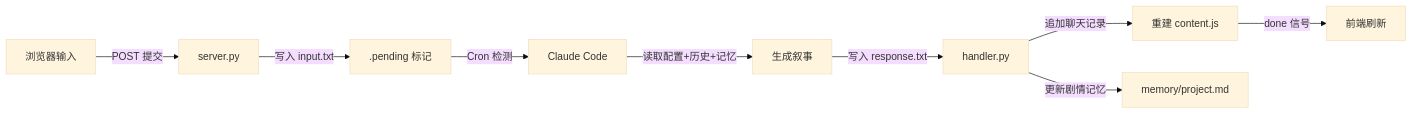
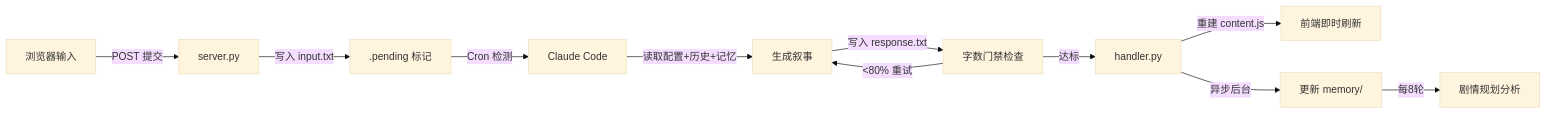
The diagram in README.md (Damages9/AIRP_ClaudeCode), drawn with Mermaid (base theme) before and after one commit. The commit also changed other lines of this file and 7 other files, not shown here.

````diff
--- a/README.md
+++ b/README.md
@@ -297,11 +321,13 @@
 ```mermaid
 graph LR
     A[浏览器输入] -->|POST 提交| B[server.py]
     B -->|写入 input.txt| C[.pending 标记]
     C -->|Cron 检测| D[Claude Code]
     D -->|读取配置+历史+记忆| E[生成叙事]
-    E -->|写入 response.txt| F[handler.py]
-    F -->|追加聊天记录| G[重建 content.js]
-    G -->|done 信号| H[前端刷新]
-    F -->|更新剧情记忆| I[memory/project.md]
+    E -->|写入 response.txt| F[字数门禁检查]
+    F -->|达标| G[handler.py]
+    F -->|<80% 重试| E
+    G -->|重建 content.js| H[前端即时刷新]
+    G -->|异步后台| I[更新 memory/]
+    I -->|每8轮| J[剧情规划分析]
 ```
````
